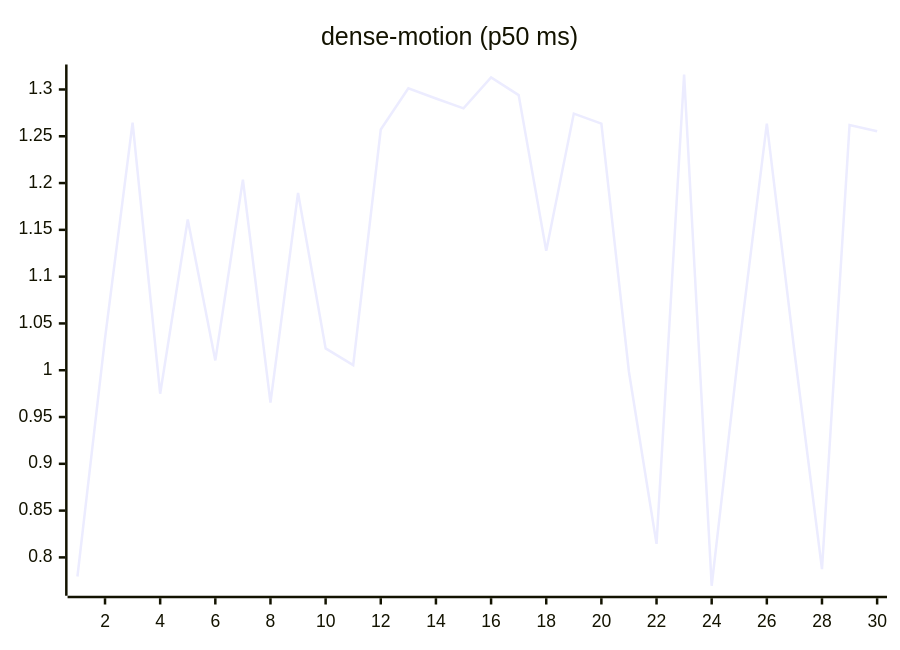
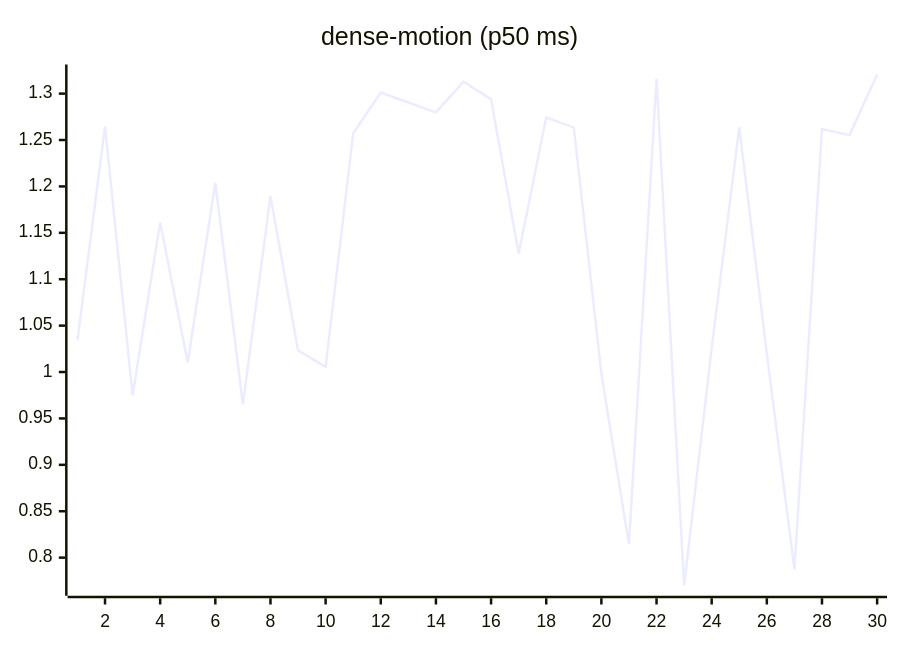
Before and after one commit to josha/Facet: the ninth of 27 diagrams in README.md, drawn with Mermaid. The commit also changed other lines of this file and 2 other files, not shown here.

````diff
--- a/README.md
+++ b/README.md
@@ -119,6 +119,6 @@
 ```mermaid
 xychart-beta
     title "dense-motion (p50 ms)"
     x-axis 1 --> 30
-    line [0.7796, 1.0341, 1.2646, 0.9749, 1.1610, 1.0105, 1.2037, 0.9653, 1.1895, 1.0233, 1.0054, 1.2572, 1.3012, 1.2904, 1.2798, 1.3128, 1.2940, 1.1276, 1.2742, 1.2636, 0.9981, 0.8144, 1.3160, 0.7697, 1.0258, 1.2636, 1.0200, 0.7874, 1.2619, 1.2553]
+    line [1.0341, 1.2646, 0.9749, 1.1610, 1.0105, 1.2037, 0.9653, 1.1895, 1.0233, 1.0054, 1.2572, 1.3012, 1.2904, 1.2798, 1.3128, 1.2940, 1.1276, 1.2742, 1.2636, 0.9981, 0.8144, 1.3160, 0.7697, 1.0258, 1.2636, 1.0200, 0.7874, 1.2619, 1.2553, 1.3206]
 ```
````
